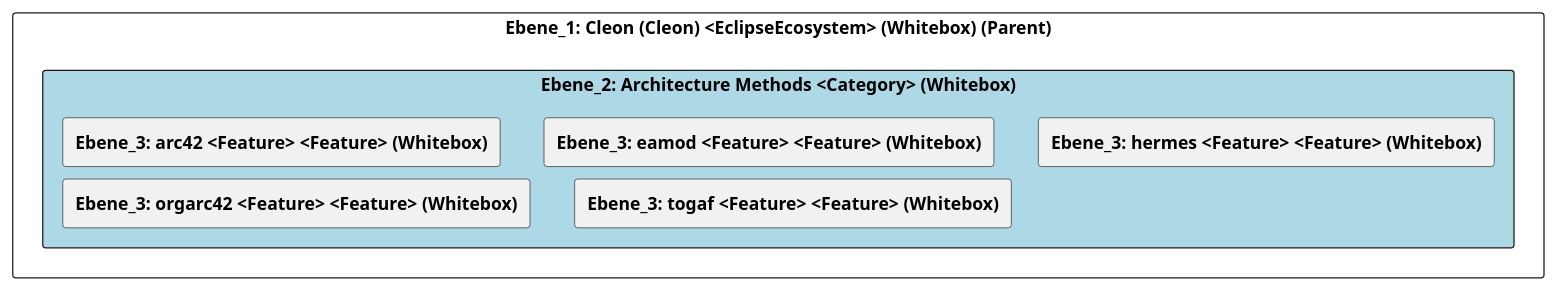
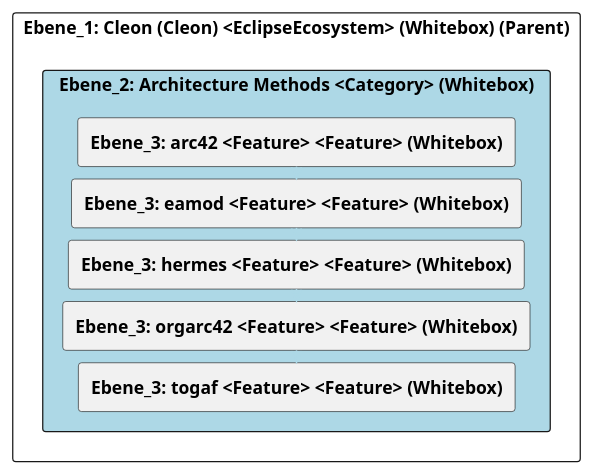
Before and after one commit to marcozwyssig/cleon: the diagram in doc/cleonproject_deliverables_architecture_model_architecture/adoc/de/05_bausteinsicht/cleon/architecture_methods/ebene_2_architecture_methods.adoc, drawn with PlantUML. The commit also changed other lines of this file and 214 other files, not shown here.

```diff
--- a/doc/cleonproject_deliverables_architecture_model_architecture/adoc/de/05_bausteinsicht/cleon/architecture_methods/ebene_2_architecture_methods.adoc
+++ b/doc/cleonproject_deliverables_architecture_model_architecture/adoc/de/05_bausteinsicht/cleon/architecture_methods/ebene_2_architecture_methods.adoc
@@ -24,28 +24,34 @@
 [plantuml, Ebene_2: Architecture Methods <Category> (Whitebox)BlockOverview, format="svg"]
 ----
 @startuml Ebene_2: Architecture Methods <Category> (Whitebox)BuildingBlockOverview
 
 skinparam ranksep 10
 skinparam componentStyle rectangle
 skinparam shadowing false
 skinparam arrowColor lightblue
 skinparam arrowThickness 1.2
 skinparam rectangle {
   BackgroundColor White
   BorderColor #333
   RoundCorner 10
 }
 top to bottom direction
 
 component "Ebene_1: Cleon (Cleon) <EclipseEcosystem> (Whitebox) (Parent)" {
     component "Ebene_2: Architecture Methods <Category> (Whitebox)" #lightblue {
         [**Ebene_3: arc42 <Feature> <Feature> (Whitebox)**] as 4905A654_D579_11EE_903E_9F564E4DE07E
         [**Ebene_3: eamod <Feature> <Feature> (Whitebox)**] as 49057F36_D579_11EE_903E_9F564E4DE07E
         [**Ebene_3: hermes <Feature> <Feature> (Whitebox)**] as 5F655CDC_DCBE_11EF_87B5_5327CB6D0EC7
         [**Ebene_3: orgarc42 <Feature> <Feature> (Whitebox)**] as 49057F33_D579_11EE_903E_9F564E4DE07E
         [**Ebene_3: togaf <Feature> <Feature> (Whitebox)**] as 4905581C_D579_11EE_903E_9F564E4DE07E
     }
+
+    4905A654_D579_11EE_903E_9F564E4DE07E -down-> 49057F36_D579_11EE_903E_9F564E4DE07E
+    49057F36_D579_11EE_903E_9F564E4DE07E -down-> 5F655CDC_DCBE_11EF_87B5_5327CB6D0EC7
+    5F655CDC_DCBE_11EF_87B5_5327CB6D0EC7 -down-> 49057F33_D579_11EE_903E_9F564E4DE07E
+    49057F33_D579_11EE_903E_9F564E4DE07E -down-> 4905581C_D579_11EE_903E_9F564E4DE07E
+    
 }
 
 @enduml
 ----
```
